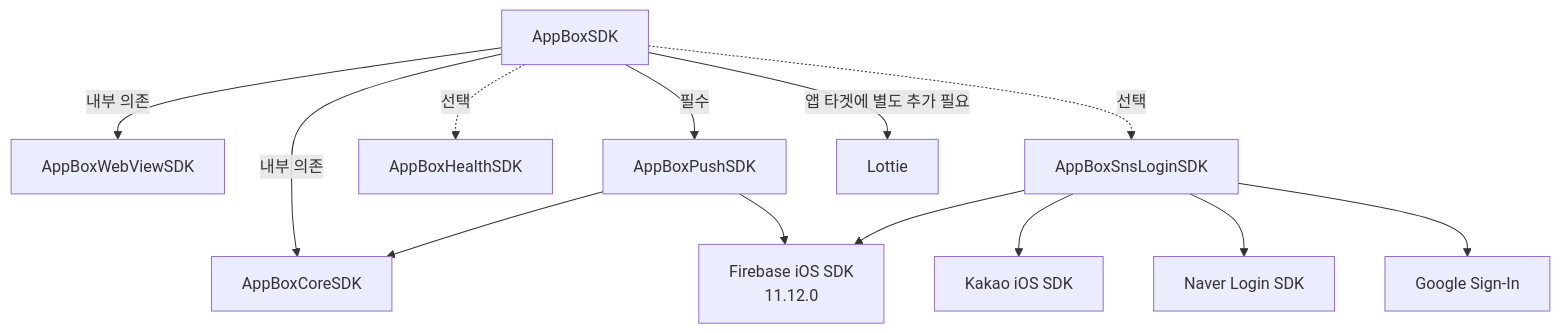
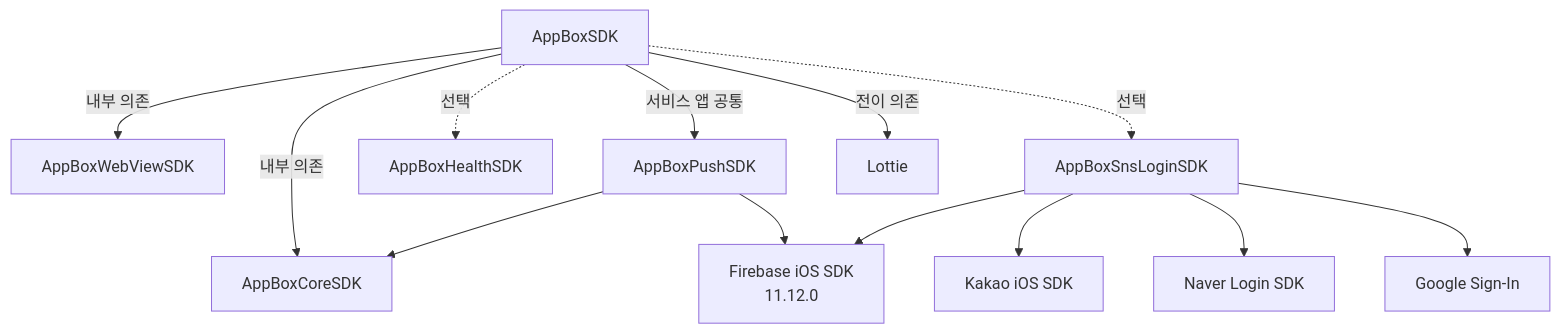
The diagram in README.md (MobilePartnersCo/AppBoxSampleiOS), drawn with Mermaid before and after one commit. The commit also changed other lines of this file and 11 other files, not shown here.

Commit message:
AppBox SDK (v1.2.20) 출시

````diff
--- a/README.md
+++ b/README.md
@@ -150,29 +223,29 @@
 ```mermaid
 graph TB
     AppBoxSDK[AppBoxSDK]
     AppBoxCoreSDK[AppBoxCoreSDK]
     AppBoxWebViewSDK[AppBoxWebViewSDK]
     AppBoxPushSDK[AppBoxPushSDK]
     AppBoxHealthSDK[AppBoxHealthSDK]
     AppBoxSnsLoginSDK[AppBoxSnsLoginSDK]
 
     Firebase[Firebase iOS SDK<br/>11.12.0]
     KakaoSDK[Kakao iOS SDK]
     NaverSDK[Naver Login SDK]
     GoogleSignIn[Google Sign-In]
     Lottie[Lottie]
 
     AppBoxSDK -->|내부 의존| AppBoxCoreSDK
     AppBoxSDK -->|내부 의존| AppBoxWebViewSDK
-    AppBoxSDK -->|필수| AppBoxPushSDK
-    AppBoxSDK -->|앱 타겟에 별도 추가 필요| Lottie
+    AppBoxSDK -->|서비스 앱 공통| AppBoxPushSDK
+    AppBoxSDK -->|전이 의존| Lottie
     AppBoxSDK -.->|선택| AppBoxHealthSDK
     AppBoxSDK -.->|선택| AppBoxSnsLoginSDK
 
     AppBoxPushSDK --> AppBoxCoreSDK
     AppBoxPushSDK --> Firebase
     AppBoxSnsLoginSDK --> Firebase
     AppBoxSnsLoginSDK --> KakaoSDK
     AppBoxSnsLoginSDK --> NaverSDK
     AppBoxSnsLoginSDK --> GoogleSignIn
 ```
````
